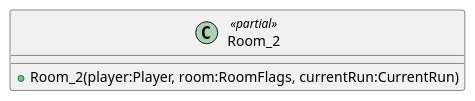
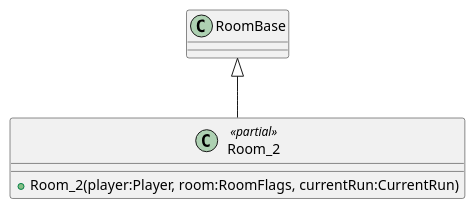
The diagram in project/plantuml/docs/out/Rooms/Room2/Room2.puml (AlbinWalleniusWoxnerud/Prog2), drawn with PlantUML before and after one commit. The commit also changed 55 other files, not shown here.

```diff
--- a/project/plantuml/docs/out/Rooms/Room2/Room2.puml
+++ b/project/plantuml/docs/out/Rooms/Room2/Room2.puml
@@ -1,5 +1,6 @@
 @startuml
 class Room_2 <<partial>> {
     + Room_2(player:Player, room:RoomFlags, currentRun:CurrentRun)
 }
+RoomBase <|-- Room_2
 @enduml
```
